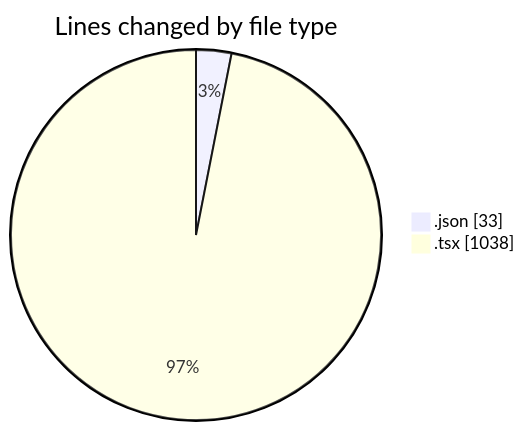
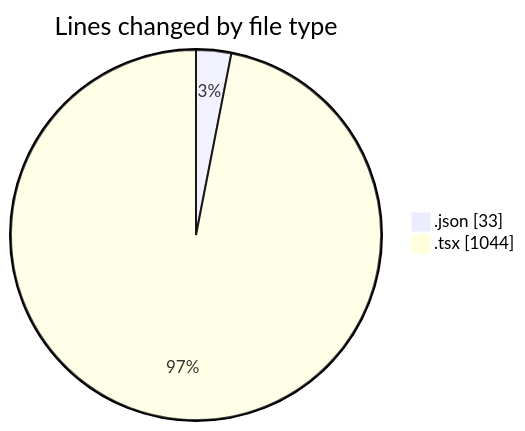
Before and after one commit to Elitesun/code-tracking: the first of 2 diagrams in 2025-03-11/projet_stage/README.md, drawn with Mermaid. The commit also changed other lines of this file and 1 other file, not shown here.

````diff
--- a/2025-03-11/projet_stage/README.md
+++ b/2025-03-11/projet_stage/README.md
@@ -30,6 +30,6 @@
 ```mermaid
 pie showData
 title Lines changed by file type
 ".json" : 33
-".tsx" : 1038
+".tsx" : 1044
 ```
````
